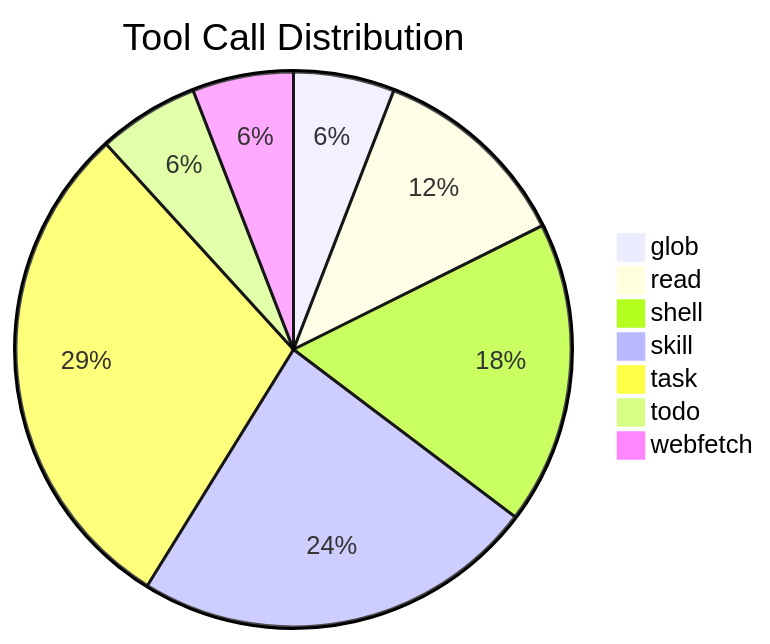
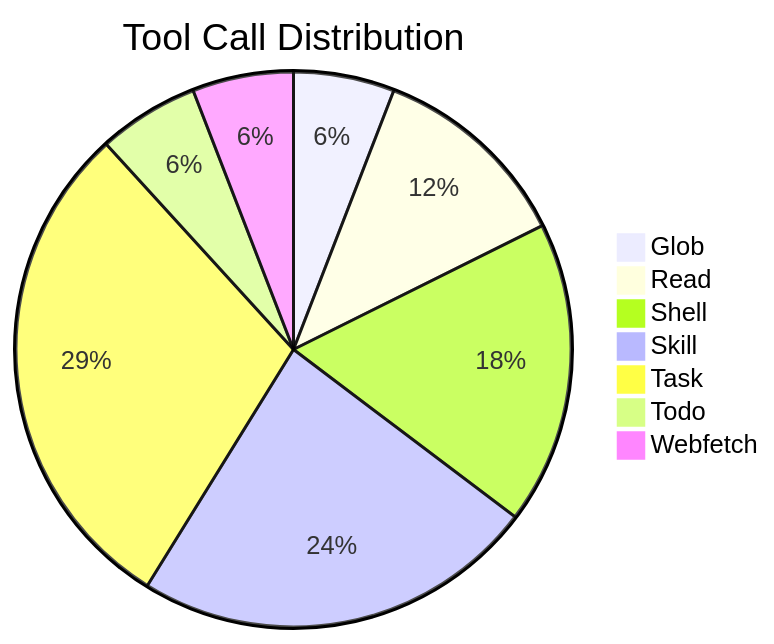
One commit to Cogni-AI-OU/cogni-ai-agent-skills changed the first of 10 diagrams in agent-log-analysis/SKILL.md. Above: the diagram before and after it, drawn with Mermaid. The commit also changed other lines of this file, not shown here.

````diff
--- a/agent-log-analysis/SKILL.md
+++ b/agent-log-analysis/SKILL.md
@@ -112,10 +112,10 @@
 ```mermaid
 pie title Tool Call Distribution
-    "glob" : 1
-    "read" : 2
-    "shell" : 3
-    "skill" : 4
-    "task" : 5
-    "todo" : 1
-    "webfetch": 1
+    "Glob" : 1
+    "Read" : 2
+    "Shell" : 3
+    "Skill" : 4
+    "Task" : 5
+    "Todo" : 1
+    "Webfetch": 1
 ```
````
